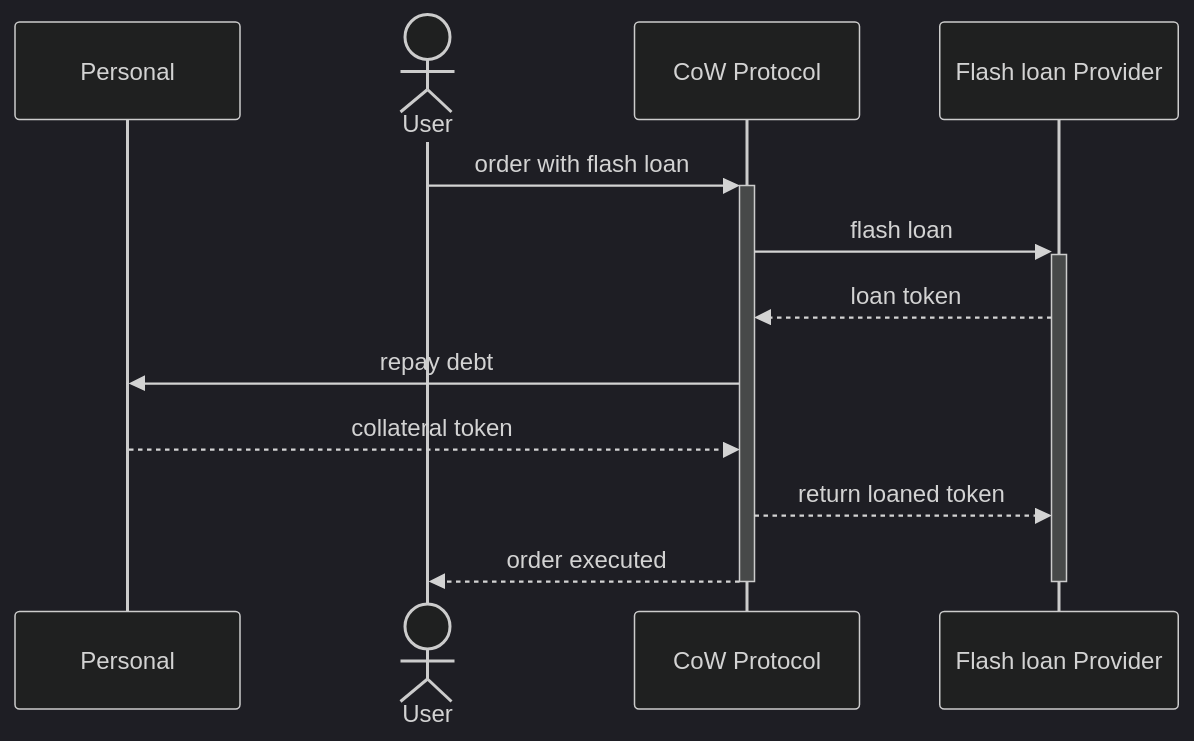
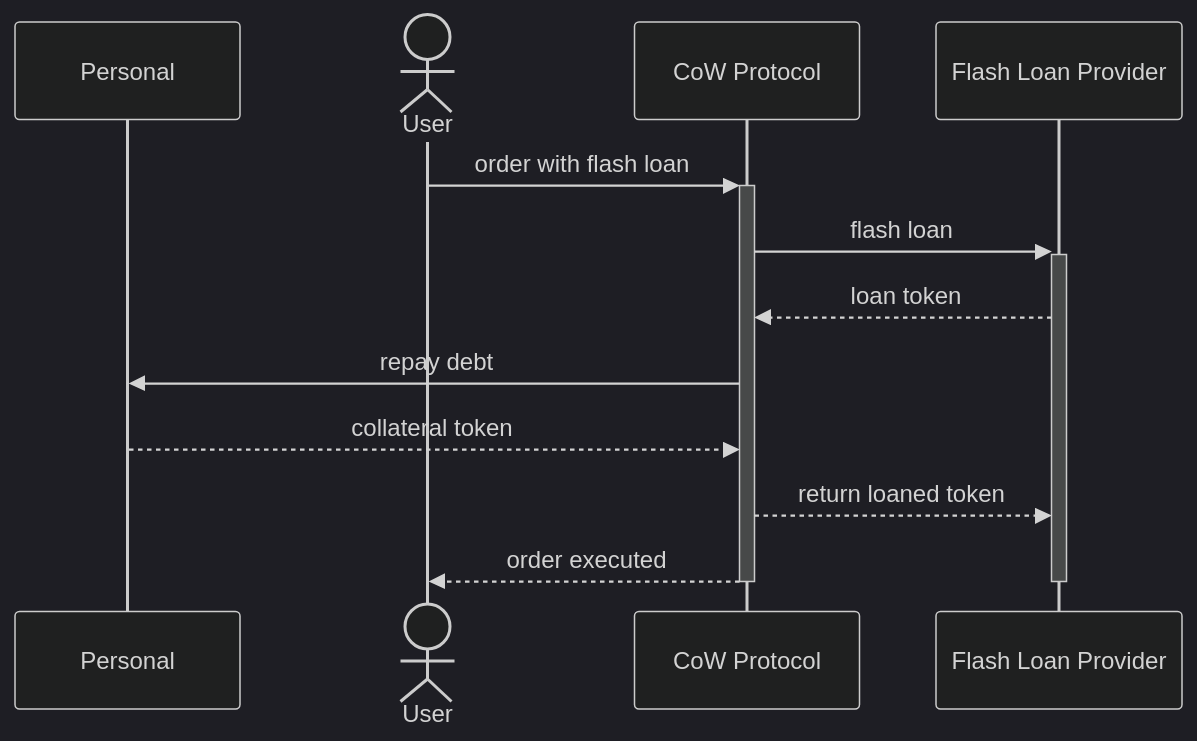
The diagram in docs/cow-protocol/concepts/flash-loans/how-it-works.md (cowprotocol/docs), drawn with Mermaid (dark theme) before and after one commit. The commit also changed 4 other files, not shown here.

````diff
--- a/docs/cow-protocol/concepts/flash-loans/how-it-works.md
+++ b/docs/cow-protocol/concepts/flash-loans/how-it-works.md
@@ -18,16 +18,16 @@
 ```mermaid
 sequenceDiagram
     participant Personal
     actor User
     participant CoW Protocol
-    participant Flash loan Provider
+    participant Flash Loan Provider
     User->>+CoW Protocol: order with flash loan
-    CoW Protocol->>+Flash loan Provider: flash loan
-    Flash loan Provider-->>CoW Protocol: loan token
+    CoW Protocol->>+Flash Loan Provider: flash loan
+    Flash Loan Provider-->>CoW Protocol: loan token
     CoW Protocol->>Personal: repay debt
     Personal-->>CoW Protocol: collateral token
-    CoW Protocol-->>Flash loan Provider: return loaned token
+    CoW Protocol-->>Flash Loan Provider: return loaned token
     CoW Protocol-->>User: order executed
     deactivate CoW Protocol
-    deactivate Flash loan Provider
+    deactivate Flash Loan Provider
 ```
````
